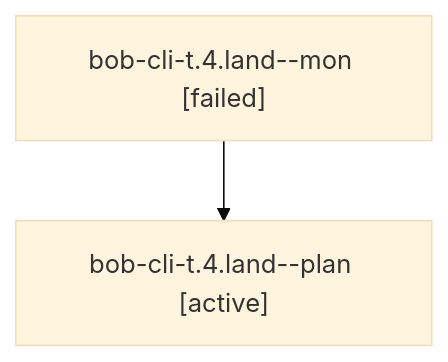
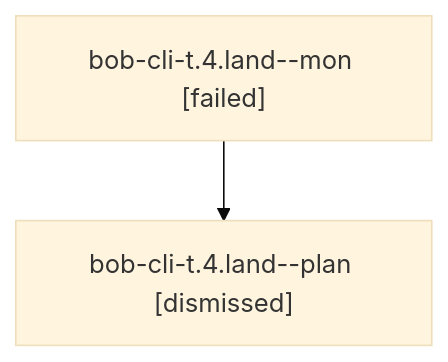
One commit to bobs-org/bob-cli--agents changed the diagram in sessions/bbugyi200.athena.bob-cli-t.4.land.md. Above: the diagram before and after it, drawn with Mermaid (base theme). The commit also changed other lines of this file and 67 other files, not shown here.

````diff
--- a/sessions/bbugyi200.athena.bob-cli-t.4.land.md
+++ b/sessions/bbugyi200.athena.bob-cli-t.4.land.md
@@ -9,6 +9,6 @@
 ```mermaid
 flowchart TD
   n0["bob-cli-t.4.land--mon [failed]"]
-  n1["bob-cli-t.4.land--plan [active]"]
+  n1["bob-cli-t.4.land--plan [dismissed]"]
   n0 --> n1
 ```
````
